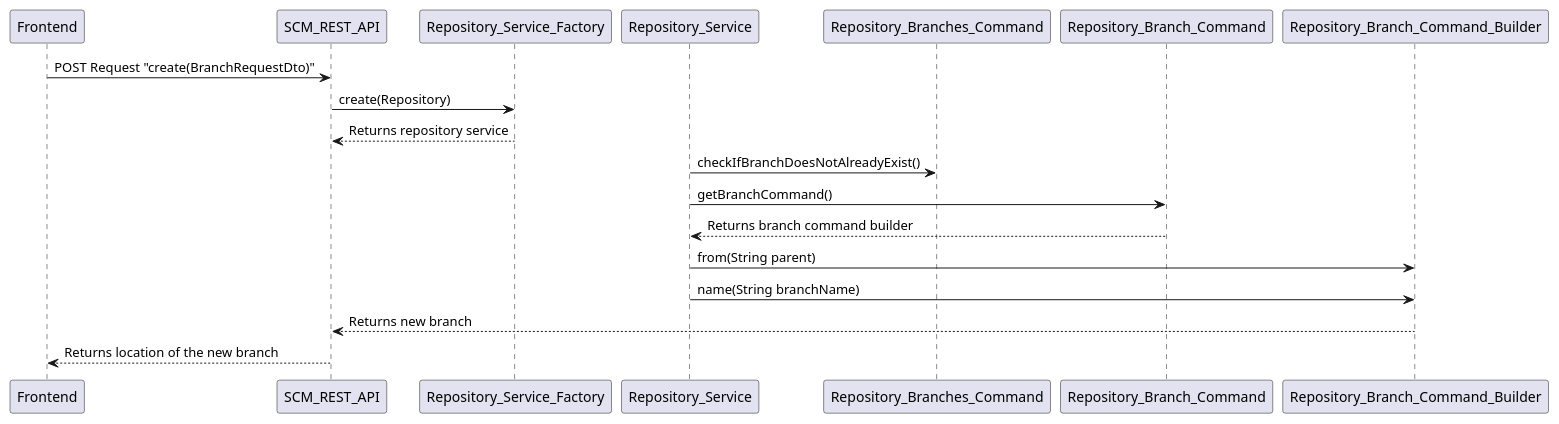
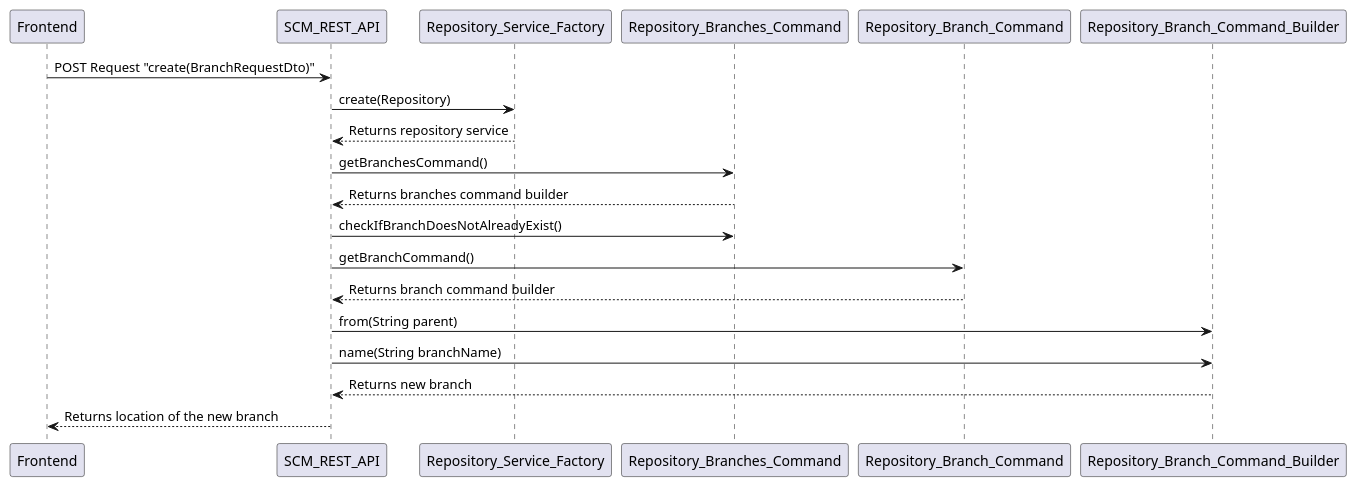
Before and after one commit to scm-manager/scm-manager: the diagram in docs/en/development/create_new_branch.puml, drawn with PlantUML. The commit also changed 1 other file, not shown here.

```diff
--- a/docs/en/development/create_new_branch.puml
+++ b/docs/en/development/create_new_branch.puml
@@ -1,12 +1,14 @@
 @startuml
 Frontend -> SCM_REST_API: POST Request "create(BranchRequestDto)"
 SCM_REST_API -> Repository_Service_Factory: create(Repository)
 Repository_Service_Factory --> SCM_REST_API: Returns repository service
-Repository_Service -> Repository_Branches_Command: checkIfBranchDoesNotAlreadyExist()
-Repository_Service -> Repository_Branch_Command: getBranchCommand()
-Repository_Branch_Command --> Repository_Service: Returns branch command builder
-Repository_Service -> Repository_Branch_Command_Builder: from(String parent)
-Repository_Service -> Repository_Branch_Command_Builder: name(String branchName)
+SCM_REST_API -> Repository_Branches_Command: getBranchesCommand()
+Repository_Branches_Command --> SCM_REST_API: Returns branches command builder
+SCM_REST_API -> Repository_Branches_Command: checkIfBranchDoesNotAlreadyExist()
+SCM_REST_API -> Repository_Branch_Command: getBranchCommand()
+Repository_Branch_Command --> SCM_REST_API: Returns branch command builder
+SCM_REST_API -> Repository_Branch_Command_Builder: from(String parent)
+SCM_REST_API -> Repository_Branch_Command_Builder: name(String branchName)
 Repository_Branch_Command_Builder --> SCM_REST_API: Returns new branch
 SCM_REST_API --> Frontend: Returns location of the new branch
 @enduml
```
